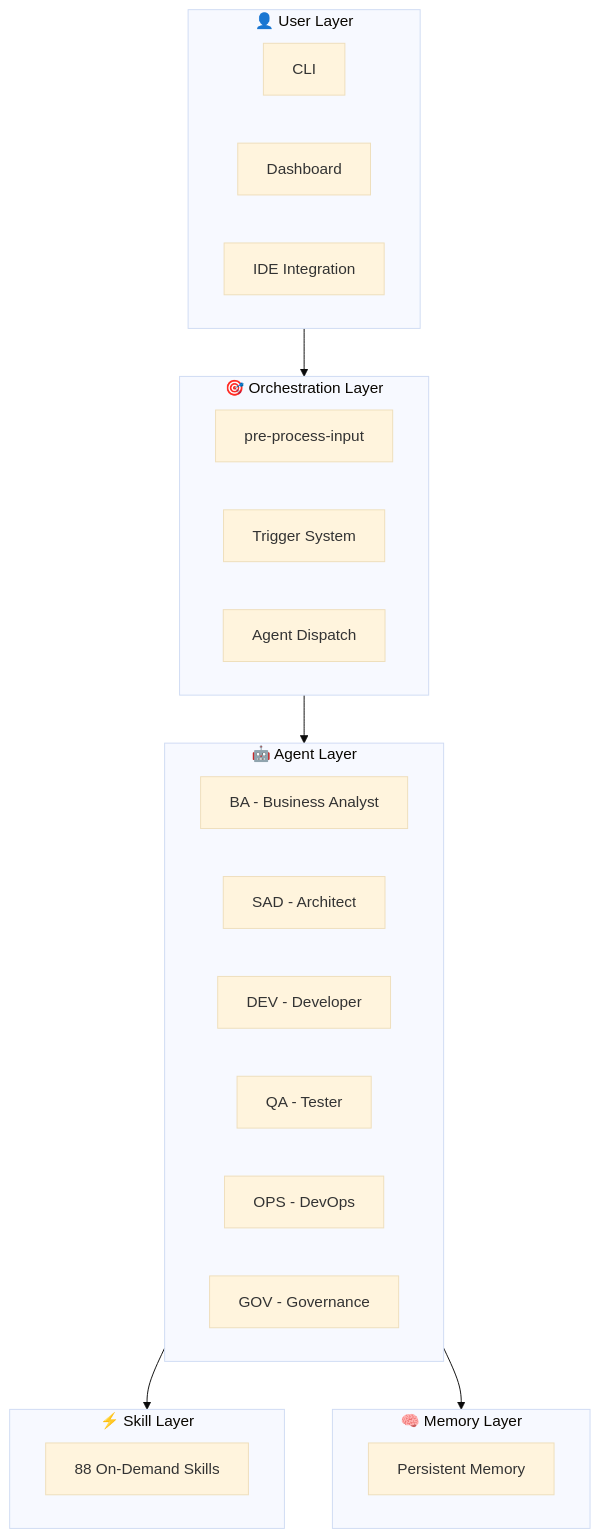
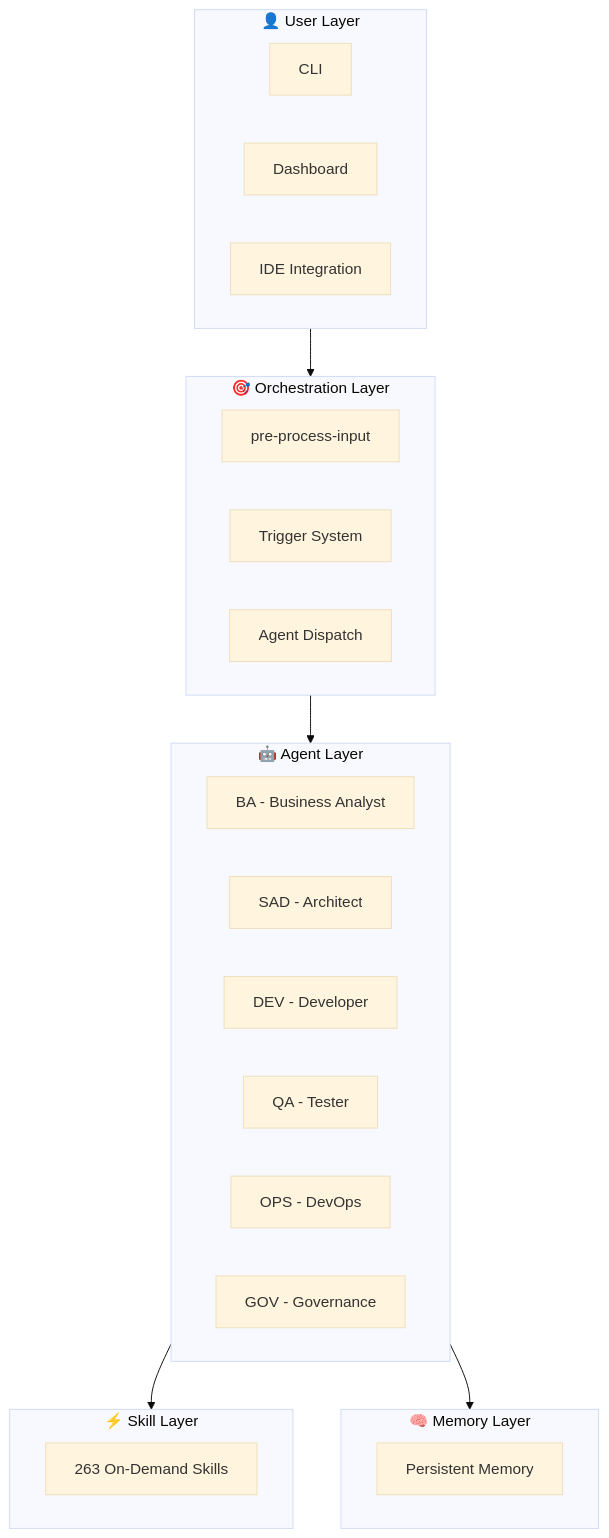
The diagram in README.md (EmmanuelOrtiz87/gentle-vanguard-public), drawn with Mermaid (base theme) before and after one commit. The commit also changed other lines of this file and 6 other files, not shown here.

````diff
--- a/README.md
+++ b/README.md
@@ -103,36 +111,36 @@
 ```mermaid
 graph TB
     subgraph User["👤 User Layer"]
         CLI[CLI]
         DASH[Dashboard]
         IDE[IDE Integration]
     end
 
     subgraph Orchestrator["🎯 Orchestration Layer"]
         INPUT[pre-process-input]
         TRIGGER[Trigger System]
         DISPATCH[Agent Dispatch]
     end
 
     subgraph Agents["🤖 Agent Layer"]
         BA[BA - Business Analyst]
         SAD[SAD - Architect]
         DEV[DEV - Developer]
         QA[QA - Tester]
         OPS[OPS - DevOps]
         GOV[GOV - Governance]
     end
 
     subgraph Skills["⚡ Skill Layer"]
-        SKILLS[88 On-Demand Skills]
+        SKILLS[263 On-Demand Skills]
     end
 
     subgraph Memory["🧠 Memory Layer"]
         ENGRAM[Persistent Memory]
     end
 
     User --> Orchestrator
     Orchestrator --> Agents
     Agents --> Skills
     Agents --> Memory
 ```
````
